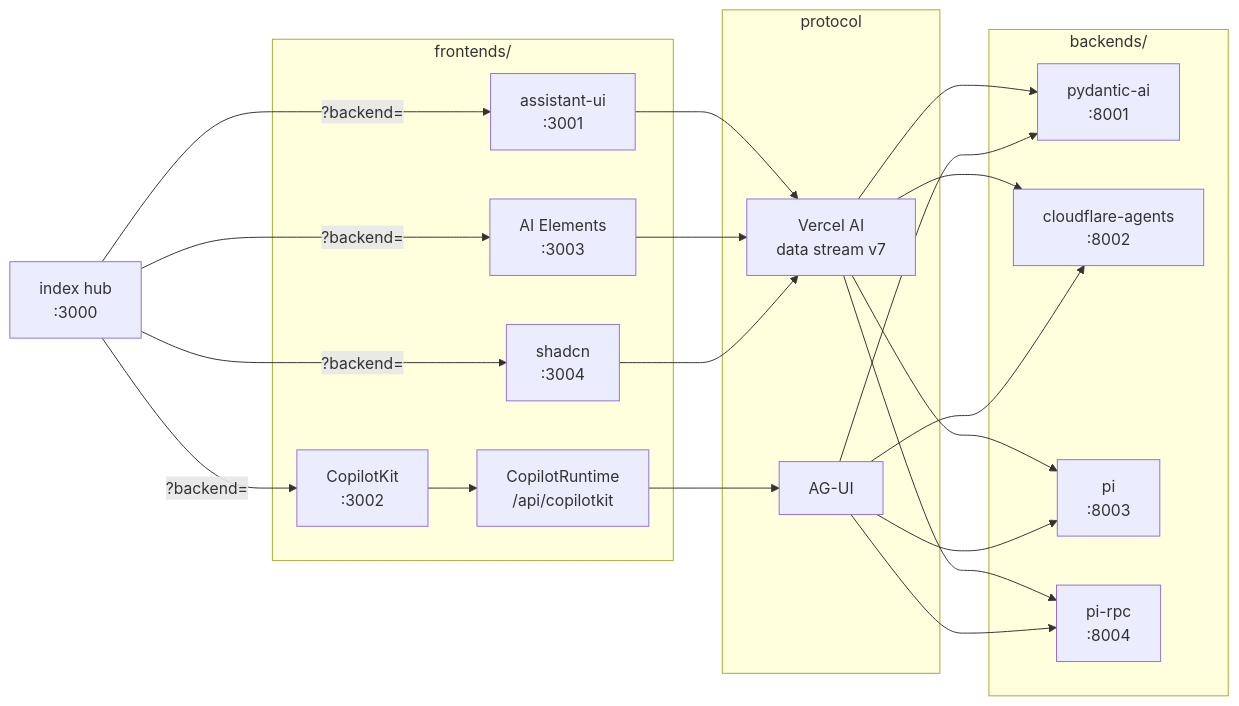
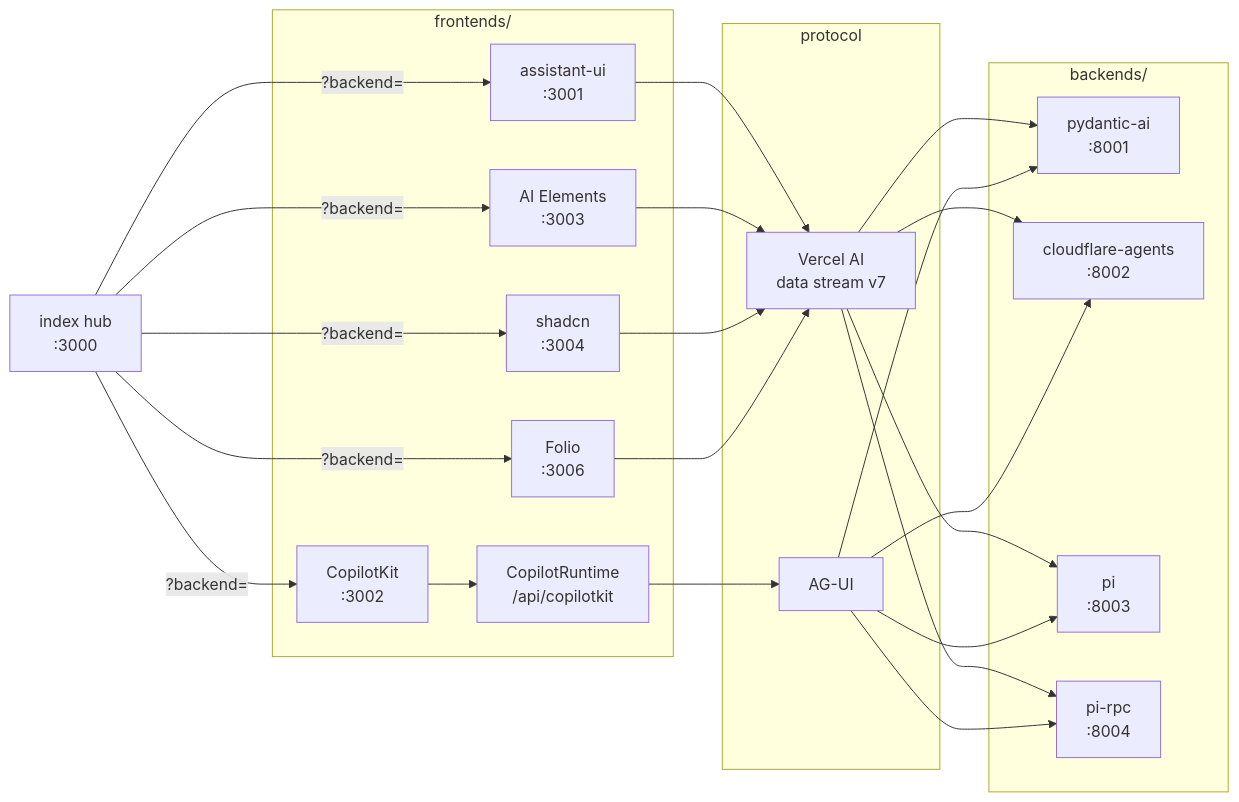
One commit to fairchild/chat-matrix changed the first of 2 diagrams in docs/architecture.md. Above: the diagram before and after it, drawn with Mermaid. The commit also changed other lines of this file and 44 other files, not shown here.

````diff
--- a/docs/architecture.md
+++ b/docs/architecture.md
@@ -33,37 +33,39 @@
 ```mermaid
 flowchart LR
   H["index hub<br/>:3000"]
   subgraph F["frontends/"]
     A1["assistant-ui<br/>:3001"]
     A2["CopilotKit<br/>:3002"]
     A2R["CopilotRuntime<br/>/api/copilotkit"]
     A3["AI Elements<br/>:3003"]
     A4["shadcn<br/>:3004"]
+    A5["Folio<br/>:3006"]
   end
   subgraph P["protocol"]
     P1["Vercel AI<br/>data stream v7"]
     P2["AG-UI"]
   end
   subgraph B["backends/"]
     B1["pydantic-ai<br/>:8001"]
     B2["cloudflare-agents<br/>:8002"]
     B3["pi<br/>:8003"]
     B4["pi-rpc<br/>:8004"]
   end
 
-  H -->|"?backend="| A1 & A2 & A3 & A4
+  H -->|"?backend="| A1 & A2 & A3 & A4 & A5
   A1 --> P1
   A3 --> P1
   A4 --> P1
+  A5 --> P1
   A2 --> A2R
   A2R --> P2
   P1 --> B1
   P2 --> B1
   P1 --> B2
   P2 --> B2
   P1 --> B3
   P2 --> B3
   P1 --> B4
   P2 --> B4
 
 ```
````
